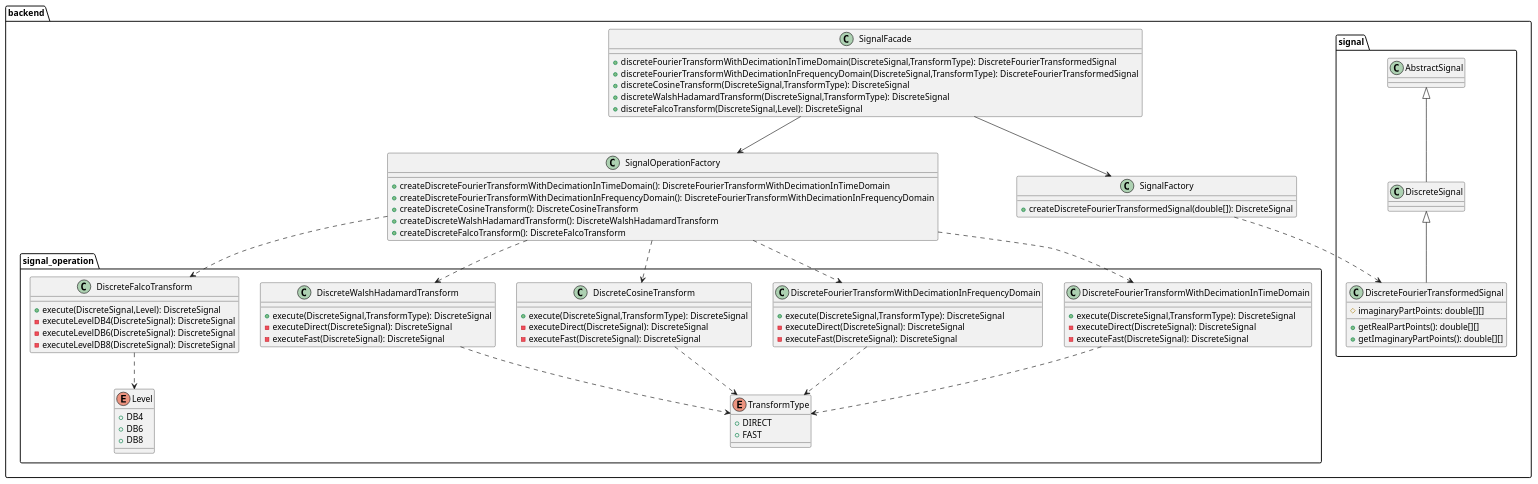
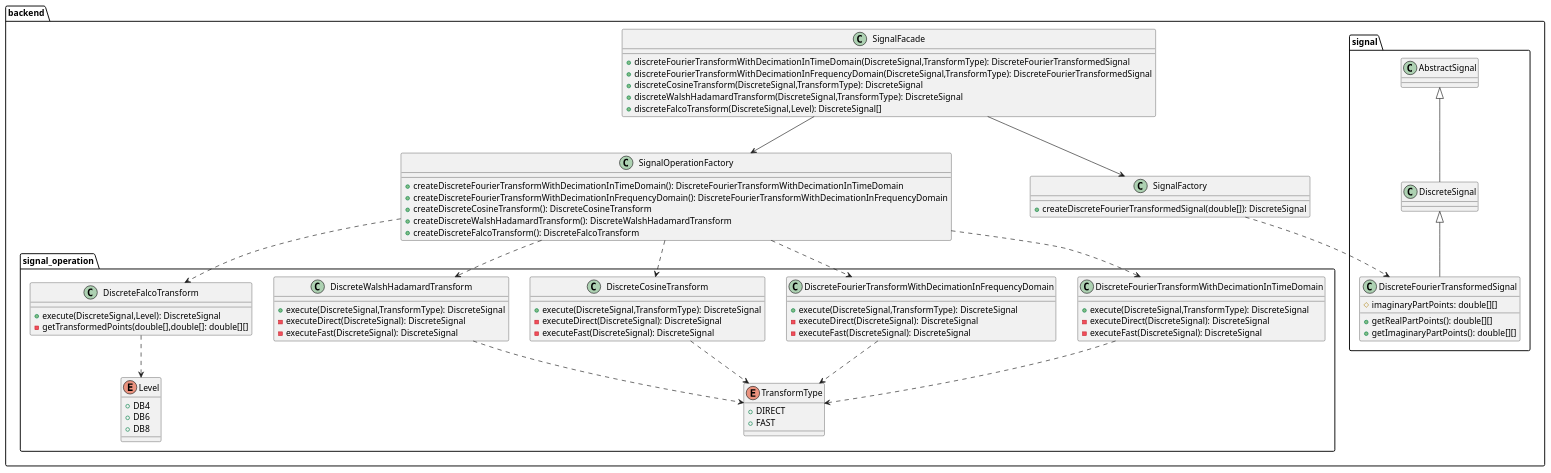
Before and after one commit to RadekBucki/DigitalSignalProcessing: the seventh of 8 diagrams in README.md, drawn with PlantUML. The commit also changed other lines of this file and 2 other files, not shown here.

Commit message:
UML and gui locks update

````diff
--- a/README.md
+++ b/README.md
@@ -711,80 +711,78 @@
 ```plantuml
 package backend {
     class SignalFacade {
         + discreteFourierTransformWithDecimationInTimeDomain(DiscreteSignal,TransformType): DiscreteFourierTransformedSignal
         + discreteFourierTransformWithDecimationInFrequencyDomain(DiscreteSignal,TransformType): DiscreteFourierTransformedSignal
         + discreteCosineTransform(DiscreteSignal,TransformType): DiscreteSignal
         + discreteWalshHadamardTransform(DiscreteSignal,TransformType): DiscreteSignal
-        + discreteFalcoTransform(DiscreteSignal,Level): DiscreteSignal
+        + discreteFalcoTransform(DiscreteSignal,Level): DiscreteSignal[]
     }
     class SignalOperationFactory {
         + createDiscreteFourierTransformWithDecimationInTimeDomain(): DiscreteFourierTransformWithDecimationInTimeDomain
         + createDiscreteFourierTransformWithDecimationInFrequencyDomain(): DiscreteFourierTransformWithDecimationInFrequencyDomain
         + createDiscreteCosineTransform(): DiscreteCosineTransform
         + createDiscreteWalshHadamardTransform(): DiscreteWalshHadamardTransform
         + createDiscreteFalcoTransform(): DiscreteFalcoTransform
     }
     SignalFacade --> SignalOperationFactory
     package signal_operation {
         enum TransformType {
             + DIRECT
             + FAST
         }
         class DiscreteFourierTransformWithDecimationInTimeDomain {
             + execute(DiscreteSignal,TransformType): DiscreteSignal
             - executeDirect(DiscreteSignal): DiscreteSignal
             - executeFast(DiscreteSignal): DiscreteSignal
         }
         DiscreteFourierTransformWithDecimationInTimeDomain ..> TransformType
         class DiscreteFourierTransformWithDecimationInFrequencyDomain {
             + execute(DiscreteSignal,TransformType): DiscreteSignal
             - executeDirect(DiscreteSignal): DiscreteSignal
             - executeFast(DiscreteSignal): DiscreteSignal
         }
         DiscreteFourierTransformWithDecimationInFrequencyDomain ..> TransformType
         class DiscreteCosineTransform {
             + execute(DiscreteSignal,TransformType): DiscreteSignal
             - executeDirect(DiscreteSignal): DiscreteSignal
             - executeFast(DiscreteSignal): DiscreteSignal
         }
         DiscreteCosineTransform ..> TransformType
         class DiscreteWalshHadamardTransform {
             + execute(DiscreteSignal,TransformType): DiscreteSignal
             - executeDirect(DiscreteSignal): DiscreteSignal
             - executeFast(DiscreteSignal): DiscreteSignal
         }
         DiscreteWalshHadamardTransform ..> TransformType
         
         enum Level {
             + DB4
             + DB6
             + DB8
         }
         class DiscreteFalcoTransform {
             + execute(DiscreteSignal,Level): DiscreteSignal
-            - executeLevelDB4(DiscreteSignal): DiscreteSignal
-            - executeLevelDB6(DiscreteSignal): DiscreteSignal
-            - executeLevelDB8(DiscreteSignal): DiscreteSignal
+            - getTransformedPoints(double[],double[]: double[][]
         }
         DiscreteFalcoTransform ..> Level
     }
     SignalOperationFactory ..> DiscreteFourierTransformWithDecimationInTimeDomain
     SignalOperationFactory ..> DiscreteFourierTransformWithDecimationInFrequencyDomain
     SignalOperationFactory ..> DiscreteCosineTransform
     SignalOperationFactory ..> DiscreteWalshHadamardTransform
     SignalOperationFactory ..> DiscreteFalcoTransform
     class SignalFactory {
         + createDiscreteFourierTransformedSignal(double[]): DiscreteSignal
     }
     package signal {
         SignalFactory ..> DiscreteFourierTransformedSignal
         SignalFacade --> SignalFactory
         class DiscreteSignal extends AbstractSignal
         class DiscreteFourierTransformedSignal extends DiscreteSignal {
             # imaginaryPartPoints: double[][]
             + getRealPartPoints(): double[][]
             + getImaginaryPartPoints(): double[][]
         }
     }
 }
 ```
````
